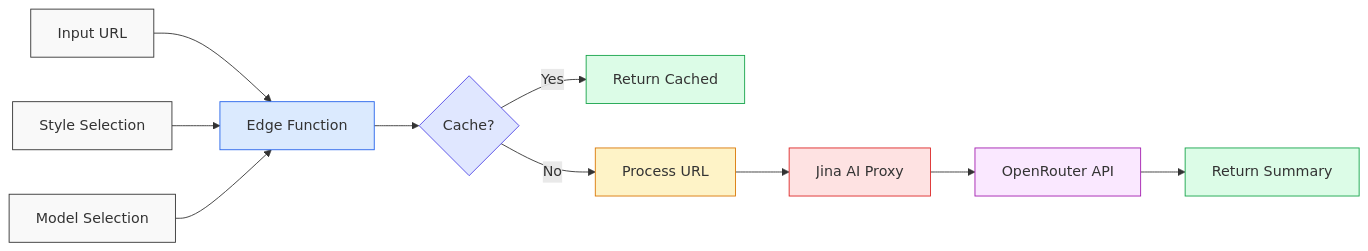
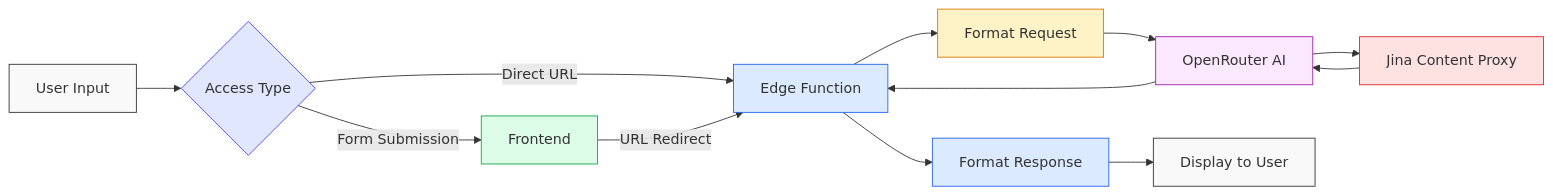
Before and after one commit to send2cloud/distll: the third of 3 diagrams in README.md, drawn with Mermaid. The commit also changed other lines of this file, not shown here.

First line of the commit message:
Add diagrams to README

````diff
--- a/README.md
+++ b/README.md
@@ -56,23 +59,24 @@
 ```mermaid
 flowchart LR
-    A[Input URL] --> B[Edge Function]
-    I[Style Selection] --> B
-    J[Model Selection] --> B
-    B --> C{Cache?}
-    C -->|Yes| D[Return Cached]
-    C -->|No| E[Process URL]
-    E --> F[Jina AI Proxy]
-    F --> G[OpenRouter API]
-    G --> H[Return Summary]
+    A[User Input] --> B{Access Type}
+    B -->|Direct URL| C[Edge Function]
+    B -->|Form Submission| D[Frontend]
+    D -->|URL Redirect| C
+    C --> E[Format Request]
+    E --> F[OpenRouter AI]
+    F --> G[Jina Content Proxy]
+    G --> F
+    F --> C
+    C --> H[Format Response]
+    H --> I[Display to User]
     
     style A fill:#f9f9f9,stroke:#333,stroke-width:1px
-    style B fill:#dbeafe,stroke:#2563eb,stroke-width:1px
-    style C fill:#e0e7ff,stroke:#4f46e5,stroke-width:1px
+    style B fill:#e0e7ff,stroke:#4f46e5,stroke-width:1px
+    style C fill:#dbeafe,stroke:#2563eb,stroke-width:1px
     style D fill:#dcfce7,stroke:#16a34a,stroke-width:1px
     style E fill:#fef3c7,stroke:#d97706,stroke-width:1px
-    style F fill:#fee2e2,stroke:#dc2626,stroke-width:1px
-    style G fill:#fae8ff,stroke:#a21caf,stroke-width:1px
-    style H fill:#dcfce7,stroke:#16a34a,stroke-width:1px
+    style F fill:#fae8ff,stroke:#a21caf,stroke-width:1px
+    style G fill:#fee2e2,stroke:#dc2626,stroke-width:1px
+    style H fill:#dbeafe,stroke:#2563eb,stroke-width:1px
     style I fill:#f9f9f9,stroke:#333,stroke-width:1px
-    style J fill:#f9f9f9,stroke:#333,stroke-width:1px
 ```
````
